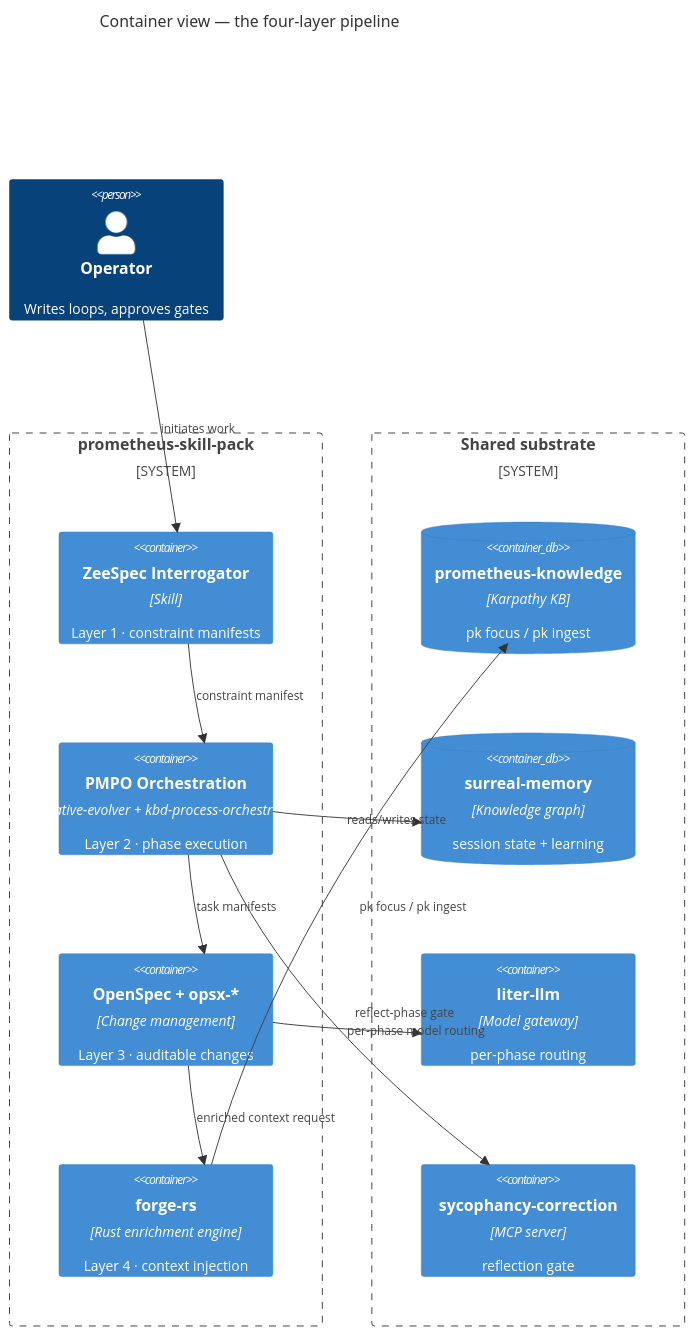
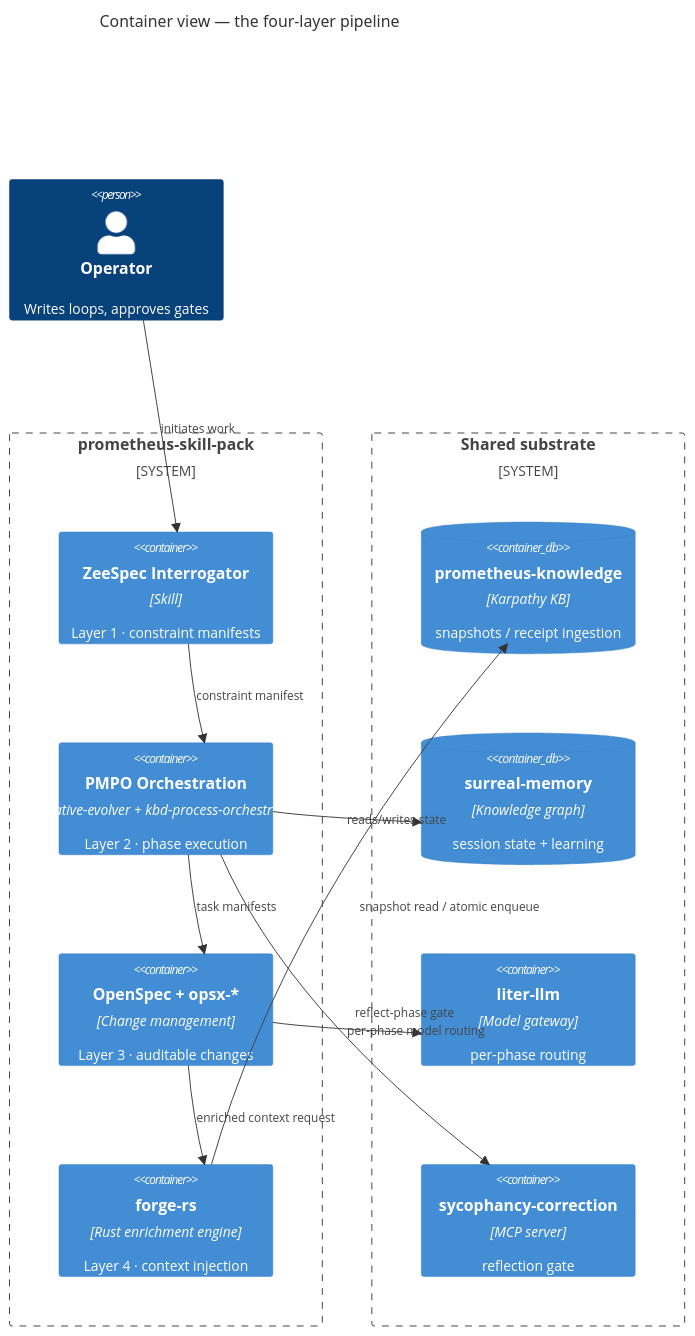
The third of 3 diagrams in docs/guide/04-four-layer-pipeline.md (Prometheus-AGS/prometheus-skill-system), drawn with Mermaid before and after one commit. The commit also changed other lines of this file and 100 other files, not shown here.

````diff
--- a/docs/guide/04-four-layer-pipeline.md
+++ b/docs/guide/04-four-layer-pipeline.md
@@ -77,29 +83,29 @@
 ```mermaid
 C4Container
     title Container view — the four-layer pipeline
 
     Person(operator, "Operator", "Writes loops, approves gates")
 
     System_Boundary(pack, "prometheus-skill-pack") {
         Container(zeespec, "ZeeSpec Interrogator", "Skill", "Layer 1 · constraint manifests")
         Container(pmpo, "PMPO Orchestration", "iterative-evolver + kbd-process-orchestrator", "Layer 2 · phase execution")
         Container(openspec, "OpenSpec + opsx-*", "Change management", "Layer 3 · auditable changes")
         Container(forge, "forge-rs", "Rust enrichment engine", "Layer 4 · context injection")
     }
 
     System_Boundary(substrate, "Shared substrate") {
-        ContainerDb(pk, "prometheus-knowledge", "Karpathy KB", "pk focus / pk ingest")
+        ContainerDb(pk, "prometheus-knowledge", "Karpathy KB", "snapshots / receipt ingestion")
         ContainerDb(mem, "surreal-memory", "Knowledge graph", "session state + learning")
         Container(liter, "liter-llm", "Model gateway", "per-phase routing")
         Container(syco, "sycophancy-correction", "MCP server", "reflection gate")
     }
 
     Rel(operator, zeespec, "initiates work")
     Rel(zeespec, pmpo, "constraint manifest")
     Rel(pmpo, openspec, "task manifests")
     Rel(openspec, forge, "enriched context request")
-    Rel(forge, pk, "pk focus / pk ingest")
+    Rel(forge, pk, "snapshot read / atomic enqueue")
     Rel(pmpo, mem, "reads/writes state")
     Rel(openspec, liter, "per-phase model routing")
     Rel(pmpo, syco, "reflect-phase gate")
 ```
````
